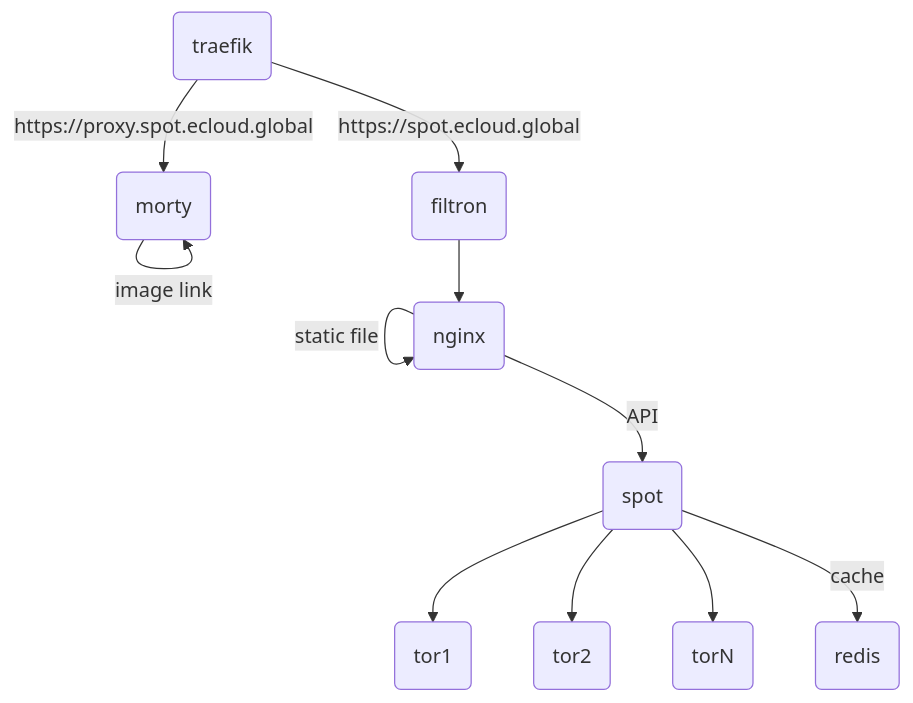
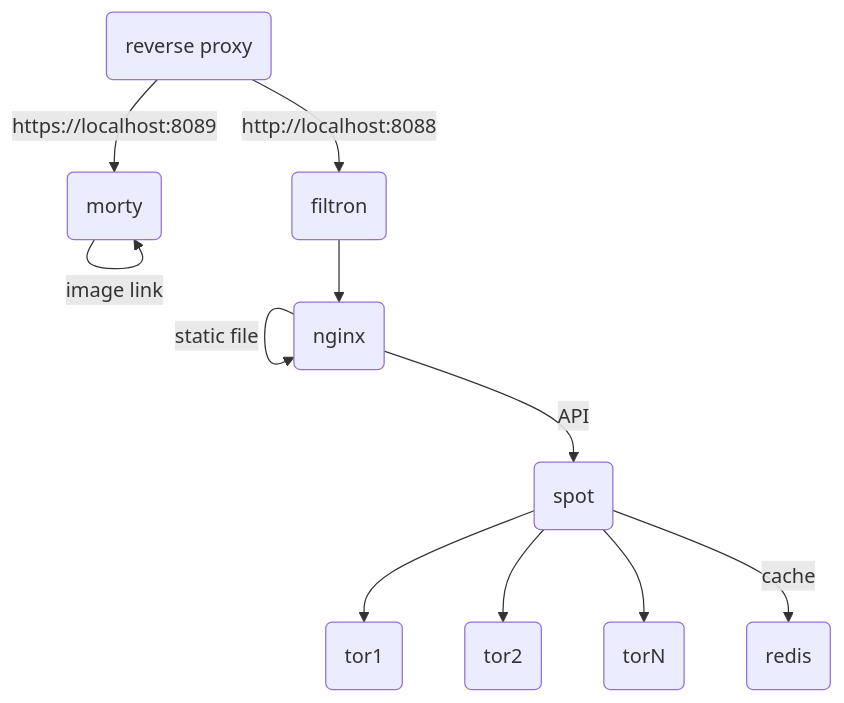
Before and after one commit to nibblegap/searx-cache: the diagram in README.md, drawn with Mermaid. The commit also changed other lines of this file and 3 other files, not shown here.

````diff
--- a/README.md
+++ b/README.md
@@ -28,13 +27,13 @@
 ```mermaid
 graph TD
-  A(traefik) --> |https://spot.ecloud.global| B(filtron)
-  A(traefik) --> |https://proxy.spot.ecloud.global| C(morty)
+  A(reverse proxy) --> |http://localhost:8088| B(filtron)
+  A(reverse proxy) --> |https://localhost:8089| C(morty)
   C --> |image link| C
   B --> D(nginx)
   D --> |static file| D
   D --> |API| E(spot)
   E --> H(tor1)
   E --> I(tor2)
   E --> J(torN)
   E --> |cache| K(redis)
 ```
````
